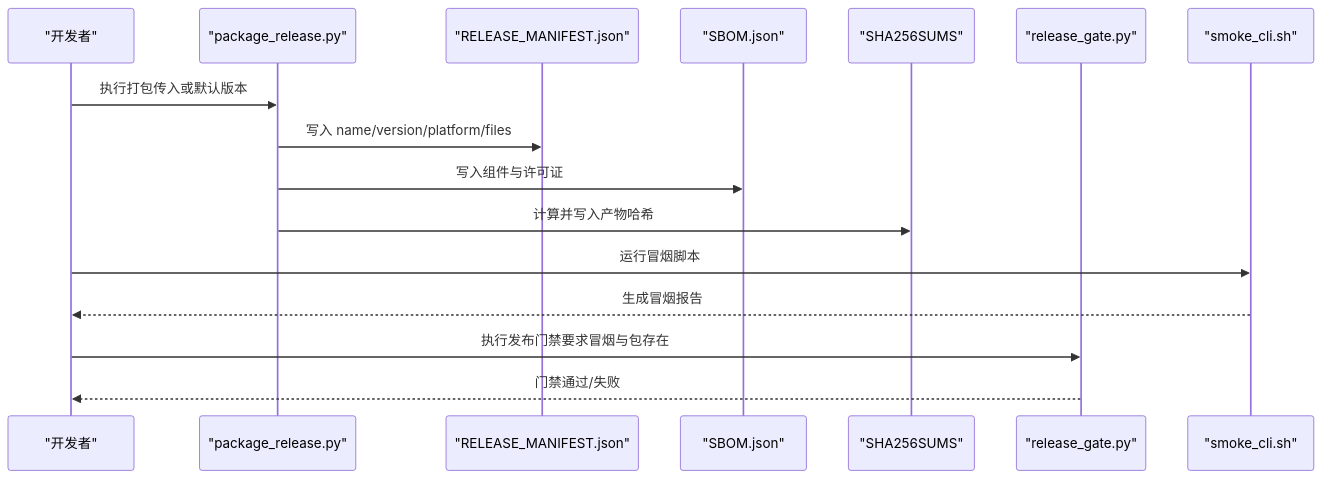
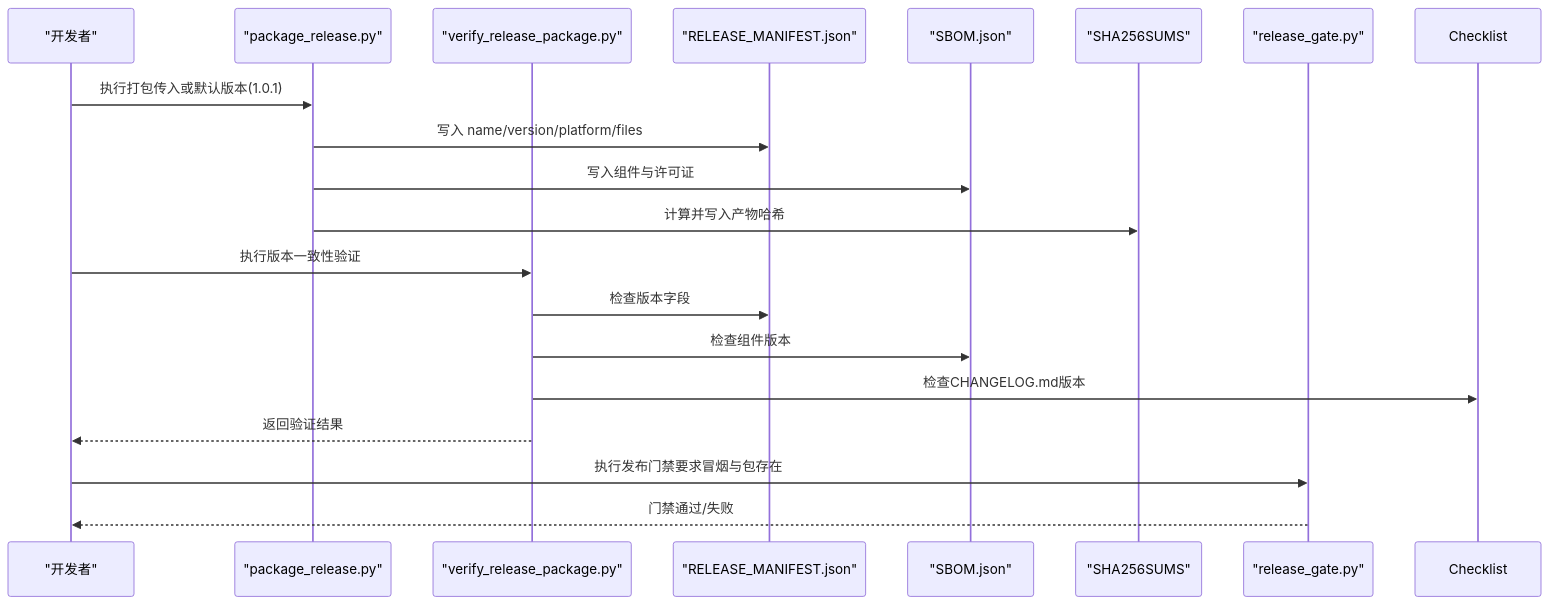
The second of 5 diagrams in .qoder/repowiki/zh/content/部署和发布/版本管理.md (haolange/RDC-Tool), drawn with Mermaid before and after one commit. The commit also changed other lines of this file and 53 other files, not shown here.

````diff
--- a/.qoder/repowiki/zh/content/部署和发布/版本管理.md
+++ b/.qoder/repowiki/zh/content/部署和发布/版本管理.md
@@ -109,18 +107,21 @@
 ```mermaid
 sequenceDiagram
 participant Dev as "开发者"
 participant Build as "package_release.py"
+participant Verify as "verify_release_package.py"
 participant Manifest as "RELEASE_MANIFEST.json"
 participant SBOM as "SBOM.json"
 participant Checksum as "SHA256SUMS"
 participant Gate as "release_gate.py"
-participant Smoke as "smoke_cli.sh"
-Dev->>Build : 执行打包传入或默认版本
+Dev->>Build : 执行打包传入或默认版本(1.0.1)
 Build->>Manifest : 写入 name/version/platform/files
 Build->>SBOM : 写入组件与许可证
 Build->>Checksum : 计算并写入产物哈希
-Dev->>Smoke : 运行冒烟脚本
-Smoke-->>Dev : 生成冒烟报告
+Dev->>Verify : 执行版本一致性验证
+Verify->>Manifest : 检查版本字段
+Verify->>SBOM : 检查组件版本
+Verify->>Checklist : 检查CHANGELOG.md版本
+Verify-->>Dev : 返回验证结果
 Dev->>Gate : 执行发布门禁要求冒烟与包存在
 Gate-->>Dev : 门禁通过/失败
 ```
````
